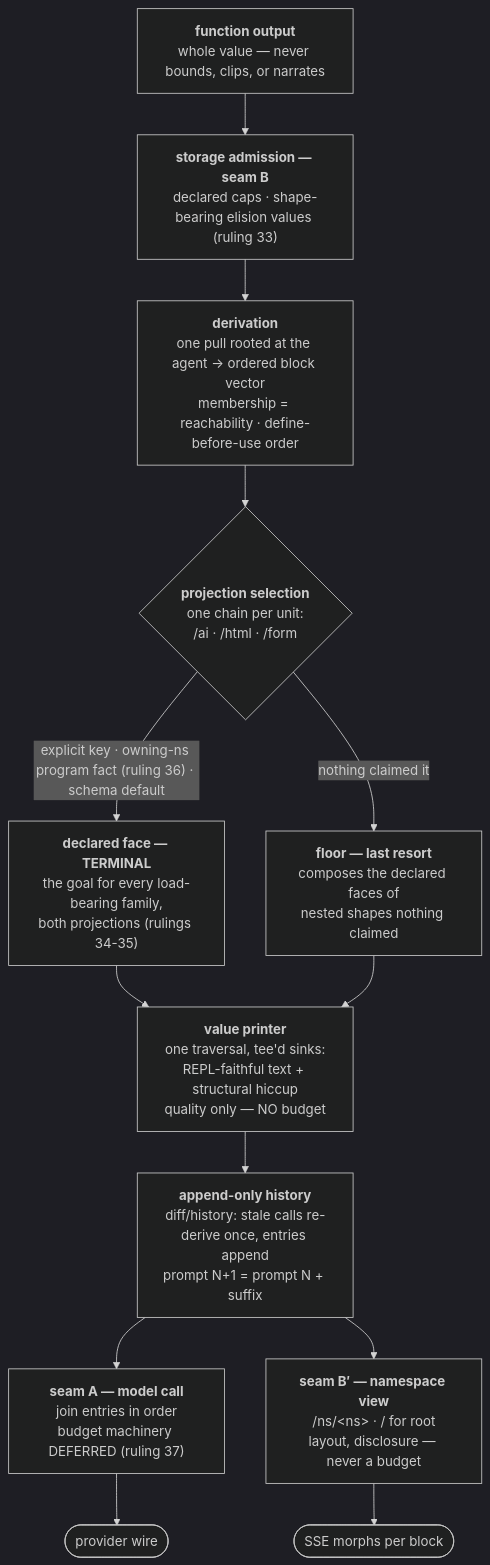
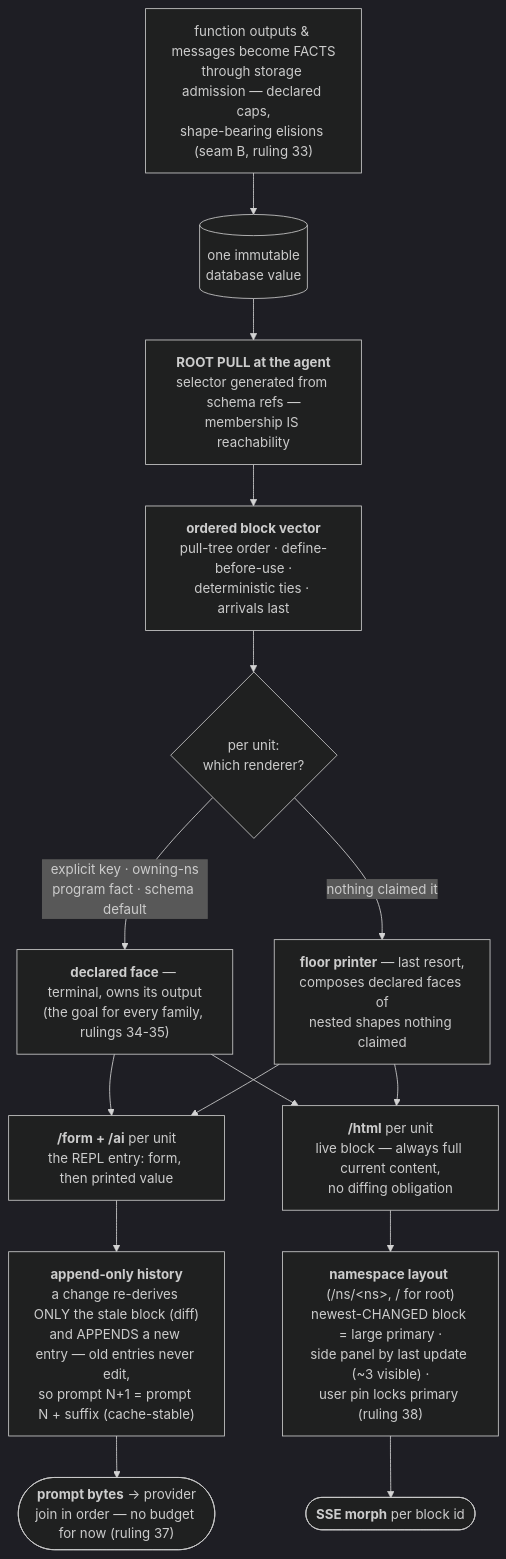
The diagram in docs/prds/context-generation/plan/one-renderer-prd-2026-08-14.md (seantempesta/seon), drawn with Mermaid (dark theme) before and after one commit. The commit also changed other lines of this file, not shown here.

Commit message:
Redraw the pipeline diagram from the root pull outward
The diagram now tells the system's story: facts, one agent-rooted
pull, one ordered vector, one renderer choice per unit, then the
single divergence — append-only diffed history into prompt bytes
versus live blocks into the recency-promoted namespace layout — with
a plain-prose walkthrough under the figure.

````diff
--- a/docs/prds/context-generation/plan/one-renderer-prd-2026-08-14.md
+++ b/docs/prds/context-generation/plan/one-renderer-prd-2026-08-14.md
@@ -45,24 +45,30 @@
 ```mermaid
 flowchart TD
-    FO["<b>function output</b><br/>whole value — never bounds, clips, or narrates"]
-    ADMIT["<b>storage admission — seam B</b><br/>declared caps · shape-bearing elision values (ruling 33)"]
-    DERIVE["<b>derivation</b><br/>one pull rooted at the agent → ordered block vector<br/>membership = reachability · define-before-use order"]
-    SELECT{"<b>projection selection</b><br/>one chain per unit:<br/>/ai · /html · /form"}
-    FACE["<b>declared face — TERMINAL</b><br/>the goal for every load-bearing family,<br/>both projections (rulings 34-35)"]
-    FLOOR["<b>floor — last resort</b><br/>composes the declared faces of<br/>nested shapes nothing claimed"]
-    PRINT["<b>value printer</b><br/>one traversal, tee'd sinks:<br/>REPL-faithful text + structural hiccup<br/>quality only — NO budget"]
-    HIST["<b>append-only history</b><br/>diff/history: stale calls re-derive once, entries append<br/>prompt N+1 = prompt N + suffix"]
-    SEAMA["<b>seam A — model call</b><br/>join entries in order<br/>budget machinery DEFERRED (ruling 37)"]
-    SEAMB["<b>seam B′ — namespace view</b><br/>/ns/&lt;ns&gt; · / for root<br/>layout, disclosure — never a budget"]
-    WIRE(["provider wire"])
-    SSE(["SSE morphs per block"])
+    ADMIT["function outputs & messages become FACTS<br/>through storage admission — declared caps,<br/>shape-bearing elisions (seam B, ruling 33)"]
+    DB[("one immutable<br/>database value")]
+    PULL["<b>ROOT PULL at the agent</b><br/>selector generated from schema refs —<br/>membership IS reachability"]
+    VEC["<b>ordered block vector</b><br/>pull-tree order · define-before-use ·<br/>deterministic ties · arrivals last"]
+    SEL{"per unit:<br/>which renderer?"}
+    FACE["<b>declared face</b> — terminal, owns its output<br/>(the goal for every family, rulings 34-35)"]
+    FLOOR["<b>floor printer</b> — last resort,<br/>composes declared faces of<br/>nested shapes nothing claimed"]
 
-    FO --> ADMIT --> DERIVE --> SELECT
-    SELECT -->|"explicit key · owning-ns program fact (ruling 36) · schema default"| FACE
-    SELECT -->|"nothing claimed it"| FLOOR
-    FACE --> PRINT
-    FLOOR --> PRINT
-    PRINT --> HIST
-    HIST --> SEAMA --> WIRE
-    HIST --> SEAMB --> SSE
+    AIENT["<b>/form + /ai</b> per unit<br/>the REPL entry: form, then printed value"]
+    HIST["<b>append-only history</b><br/>a change re-derives ONLY the stale block (diff)<br/>and APPENDS a new entry — old entries never edit,<br/>so prompt N+1 = prompt N + suffix (cache-stable)"]
+    PROMPT(["<b>prompt bytes</b> → provider<br/>join in order — no budget for now (ruling 37)"])
+
+    HTMLB["<b>/html</b> per unit<br/>live block — always full current content,<br/>no diffing obligation"]
+    LAYOUT["<b>namespace layout</b> (/ns/&lt;ns&gt;, / for root)<br/>newest-CHANGED block = large primary ·<br/>side panel by last update (~3 visible) ·<br/>user pin locks primary (ruling 38)"]
+    MORPH(["<b>SSE morph</b> per block id"])
+
+    ADMIT --> DB --> PULL --> VEC --> SEL
+    SEL -->|"explicit key · owning-ns<br/>program fact · schema default"| FACE
+    SEL -->|"nothing claimed it"| FLOOR
+
+    FACE --> AIENT
+    FLOOR --> AIENT
+    FACE --> HTMLB
+    FLOOR --> HTMLB
+
+    AIENT --> HIST --> PROMPT
+    HTMLB --> LAYOUT --> MORPH
 ```
````
